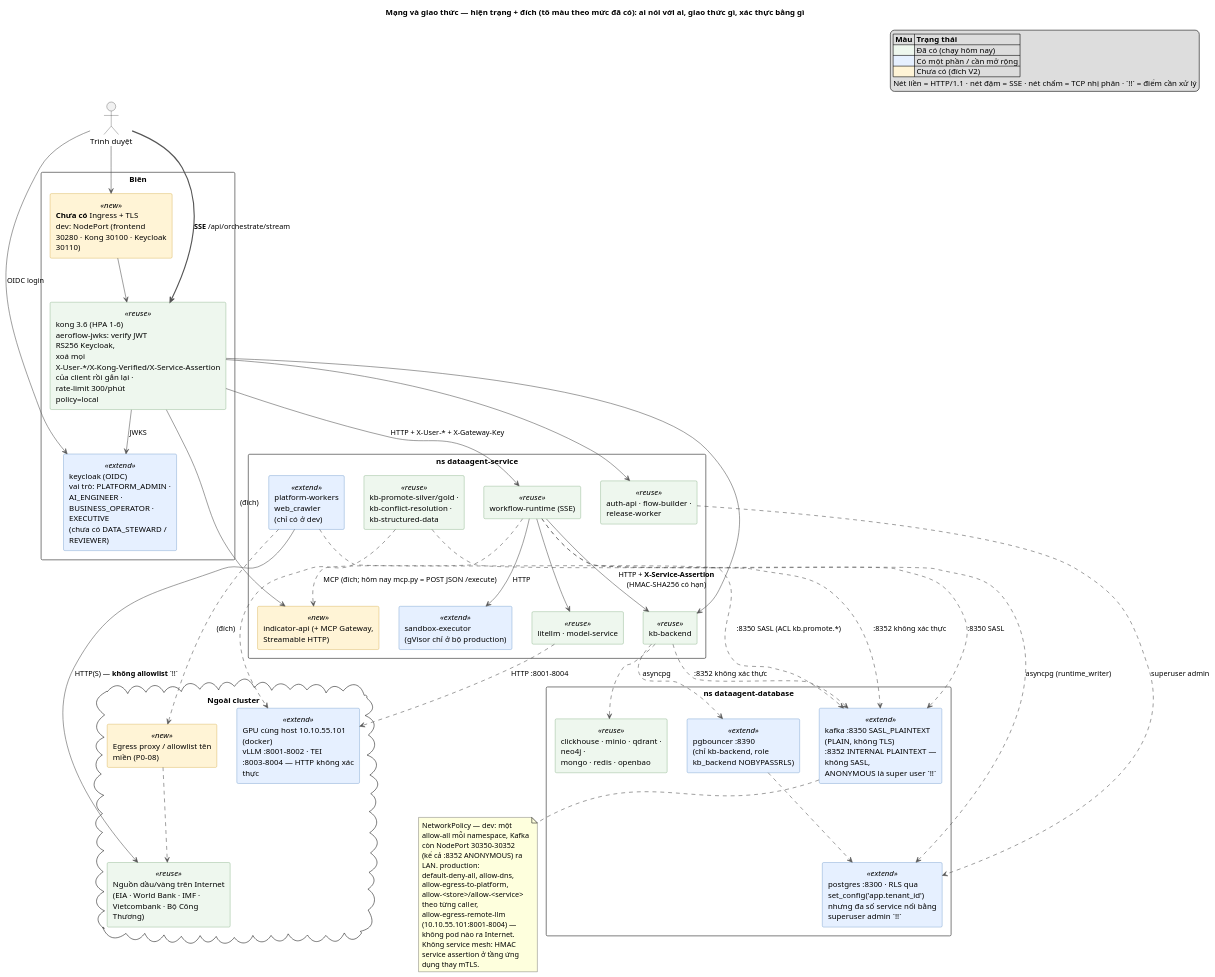
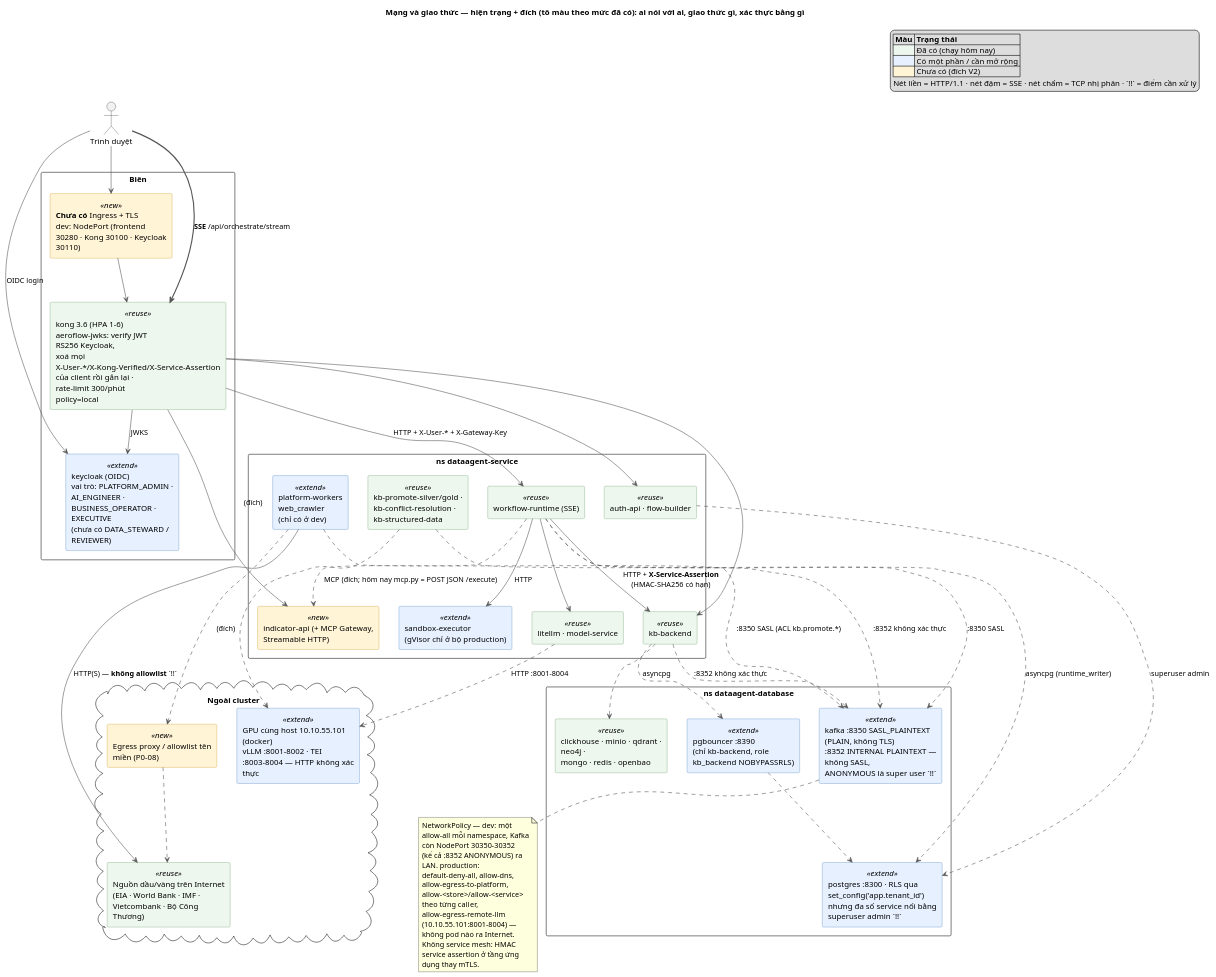
One commit to affkjuhyt/Data-Agent changed the diagram in docs/v2/diagrams/34-network.puml. Above: the diagram before and after it, drawn with PlantUML. The commit also changed 31 other files, not shown here.

First line of the commit message:
docs(v2): redraw diagrams without release-worker, compose and observation.py

```diff
--- a/docs/v2/diagrams/34-network.puml
+++ b/docs/v2/diagrams/34-network.puml
@@ -1,96 +1,96 @@
 @startuml 34-network
 title Mạng và giao thức — hiện trạng + đích (tô màu theo mức đã có): ai nói với ai, giao thức gì, xác thực bằng gì
 skinparam shadowing false
 skinparam defaultFontName "Arial"
 skinparam componentStyle rectangle
 skinparam packageStyle rectangle
 skinparam wrapWidth 200
 skinparam ArrowColor #555555
 skinparam component<<reuse>> {
   BackgroundColor #EEF7EE
   BorderColor #4E8A4E
 }
 skinparam component<<extend>> {
   BackgroundColor #E6F0FF
   BorderColor #2F6FB3
 }
 skinparam component<<new>> {
   BackgroundColor #FFF4D6
   BorderColor #C08A00
 }
 legend top right
   |= Màu |= Trạng thái |
   |<#EEF7EE> | Đã có (chạy hôm nay) |
   |<#E6F0FF> | Có một phần / cần mở rộng |
   |<#FFF4D6> | Chưa có (đích V2) |
   Nét liền = HTTP/1.1 · nét đậm = SSE · nét chấm = TCP nhị phân · `!!` = điểm cần xử lý
 endlegend
 
 actor "Trình duyệt" as B
 
 package "Biên" {
   component "**Chưa có** Ingress + TLS\ndev: NodePort (frontend 30280 · Kong 30100 · Keycloak 30110)" <<new>> as ING
   component "kong 3.6 (HPA 1–6)\naeroflow-jwks: verify JWT RS256 Keycloak,\nxoá mọi X-User-*/X-Kong-Verified/X-Service-Assertion\ncủa client rồi gắn lại · rate-limit 300/phút policy=local" <<reuse>> as K
   component "keycloak (OIDC)\nvai trò: PLATFORM_ADMIN · AI_ENGINEER ·\nBUSINESS_OPERATOR · EXECUTIVE\n(chưa có DATA_STEWARD / REVIEWER)" <<extend>> as KC
 }
 
 package "ns dataagent-service" {
   component "workflow-runtime (SSE)" <<reuse>> as WR
   component "kb-backend" <<reuse>> as KB
-  component "auth-api · flow-builder · release-worker" <<reuse>> as SVC
+  component "auth-api · flow-builder" <<reuse>> as SVC
   component "indicator-api (+ MCP Gateway, Streamable HTTP)" <<new>> as IA
   component "sandbox-executor\n(gVisor chỉ ở bộ production)" <<extend>> as SB
   component "litellm · model-service" <<reuse>> as LL
   component "platform-workers web_crawler\n(chỉ có ở dev)" <<extend>> as WC
   component "kb-promote-silver/gold · kb-conflict-resolution ·\nkb-structured-data" <<reuse>> as KBW
 }
 
 package "ns dataagent-database" {
   component "pgbouncer :8390\n(chỉ kb-backend, role kb_backend NOBYPASSRLS)" <<extend>> as PB
   component "postgres :8300 · RLS qua set_config('app.tenant_id')\nnhưng đa số service nối bằng superuser admin `!!`" <<extend>> as PG
   component "kafka :8350 SASL_PLAINTEXT (PLAIN, không TLS)\n:8352 INTERNAL PLAINTEXT — không SASL,\nANONYMOUS là super user `!!`" <<extend>> as KQ
   component "clickhouse · minio · qdrant · neo4j ·\nmongo · redis · openbao" <<reuse>> as DS
 }
 
 cloud "Ngoài cluster" {
   component "GPU cùng host 10.10.55.101 (docker)\nvLLM :8001–8002 · TEI :8003–8004 — HTTP không xác thực" <<extend>> as GPU
   component "Nguồn dầu/vàng trên Internet\n(EIA · World Bank · IMF · Vietcombank · Bộ Công Thương)" <<reuse>> as EXT
   component "Egress proxy / allowlist tên miền (P0-08)" <<new>> as EGR
 }
 
 B -down-> ING
 ING -down-> K
 B ==> K : **SSE** /api/orchestrate/stream
 B --> KC : OIDC login
 K --> KC : JWKS
 K -down-> WR : HTTP + X-User-* + X-Gateway-Key
 K -down-> KB
 K -down-> SVC
 K -down-> IA : (đích)
 WR -down-> KB : HTTP + **X-Service-Assertion**\n(HMAC-SHA256 có hạn)
 WR -down-> SB : HTTP
 WR ..> IA : MCP (đích; hôm nay mcp.py = POST JSON /execute)
 WR -down-> LL
 LL ..> GPU : HTTP :8001–8004
 KBW ..> GPU
 KB ..> PB : asyncpg
 PB ..> PG
 WR ..> PG : asyncpg (runtime_writer)
 SVC ..> PG : superuser admin
 WR ..> KQ : :8350 SASL
 WC ..> KQ : :8350 SASL (ACL kb.promote.*)
 KB ..> KQ : :8352 không xác thực
 KBW ..> KQ : :8352 không xác thực
 KB ..> DS
 WC --> EXT : HTTP(S) — **không allowlist** `!!`
 WC ..> EGR : (đích)
 EGR ..> EXT
 
 note bottom of KQ
   NetworkPolicy — dev: một allow-all mỗi namespace, Kafka còn NodePort 30350–30352
   (kể cả :8352 ANONYMOUS) ra LAN. production: default-deny-all, allow-dns,
   allow-egress-to-platform, allow-<store>/allow-<service> theo từng caller,
   allow-egress-remote-llm (10.10.55.101:8001–8004) — không pod nào ra Internet.
   Không service mesh: HMAC service assertion ở tầng ứng dụng thay mTLS.
 end note
 @enduml
```
